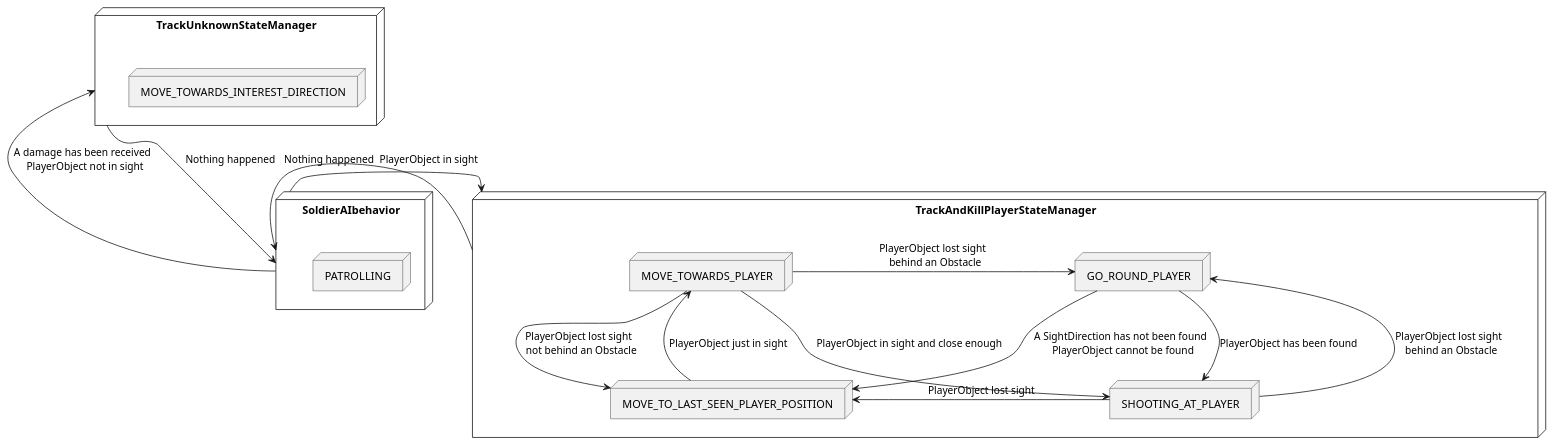
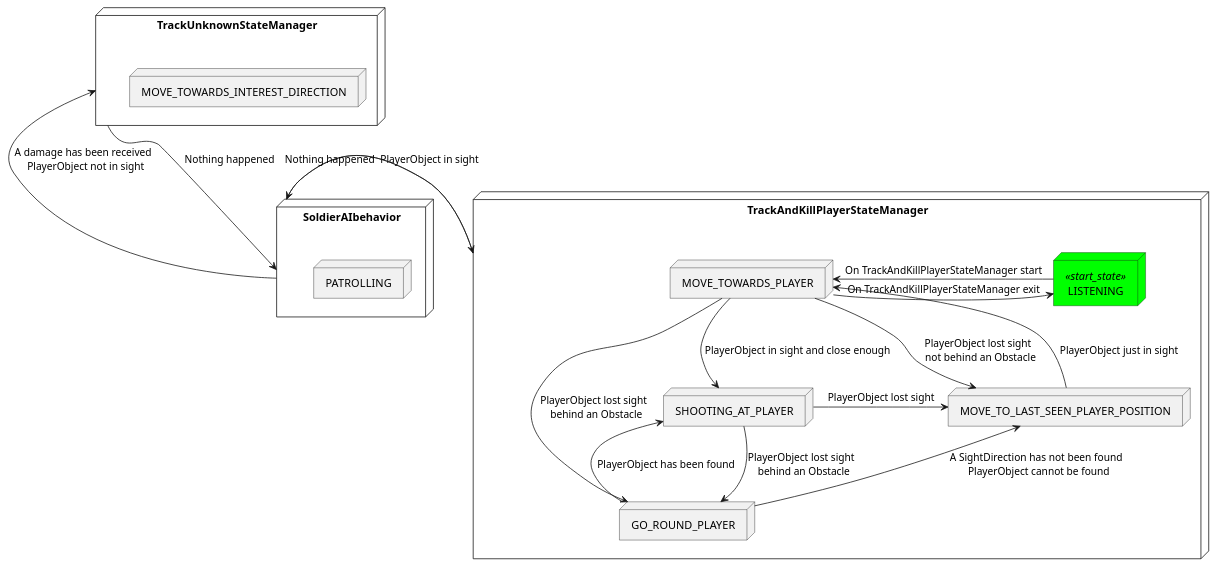
One commit to ldalzotto/ProjectUndefined-Prototype changed the diagram in Assets/Undefined/Logic/SoldierBehavior/SoliderBehavior.md. Above: the diagram before and after it, drawn with PlantUML. The commit also changed 14 other files, not shown here.

`````diff
--- a/Assets/Undefined/Logic/SoldierBehavior/SoliderBehavior.md
+++ b/Assets/Undefined/Logic/SoldierBehavior/SoliderBehavior.md
@@ -5,36 +5,44 @@
 ````puml
             'default
             top to bottom direction
+
+            skinparam node {
+                backgroundColor<<start_state>> Lime
+            }
+
             node SoldierAIbehavior {
                 node PATROLLING
             }
            
             node TrackAndKillPlayerStateManager {
+                node LISTENING<<start_state>>
                 node MOVE_TOWARDS_PLAYER
                 node GO_ROUND_PLAYER
                 node SHOOTING_AT_PLAYER
                 node MOVE_TO_LAST_SEEN_PLAYER_POSITION
             }
 
             node TrackUnknownStateManager {
                 node MOVE_TOWARDS_INTEREST_DIRECTION
             }
 
             SoldierAIbehavior -> TrackAndKillPlayerStateManager : PlayerObject in sight
             TrackAndKillPlayerStateManager -> SoldierAIbehavior : Nothing happened
 
+            LISTENING -> MOVE_TOWARDS_PLAYER : On TrackAndKillPlayerStateManager start 
+            MOVE_TOWARDS_PLAYER -> LISTENING : On TrackAndKillPlayerStateManager exit 
             MOVE_TOWARDS_PLAYER -down-> SHOOTING_AT_PLAYER : PlayerObject in sight and close enough
             MOVE_TOWARDS_PLAYER -> GO_ROUND_PLAYER : PlayerObject lost sight \n behind an Obstacle
             MOVE_TOWARDS_PLAYER -> MOVE_TO_LAST_SEEN_PLAYER_POSITION : PlayerObject lost sight \n not behind an Obstacle
 
             SHOOTING_AT_PLAYER -> GO_ROUND_PLAYER : PlayerObject lost sight \n behind an Obstacle
             SHOOTING_AT_PLAYER -> MOVE_TO_LAST_SEEN_PLAYER_POSITION : PlayerObject lost sight
 
             GO_ROUND_PLAYER -> SHOOTING_AT_PLAYER : PlayerObject has been found
             GO_ROUND_PLAYER -up-> MOVE_TO_LAST_SEEN_PLAYER_POSITION : A SightDirection has not been found \n PlayerObject cannot be found
 
             MOVE_TO_LAST_SEEN_PLAYER_POSITION -down-> MOVE_TOWARDS_PLAYER : PlayerObject just in sight
 
             SoldierAIbehavior -> TrackUnknownStateManager : A damage has been received \n PlayerObject not in sight
             TrackUnknownStateManager --> SoldierAIbehavior : Nothing happened
 ````
`````
